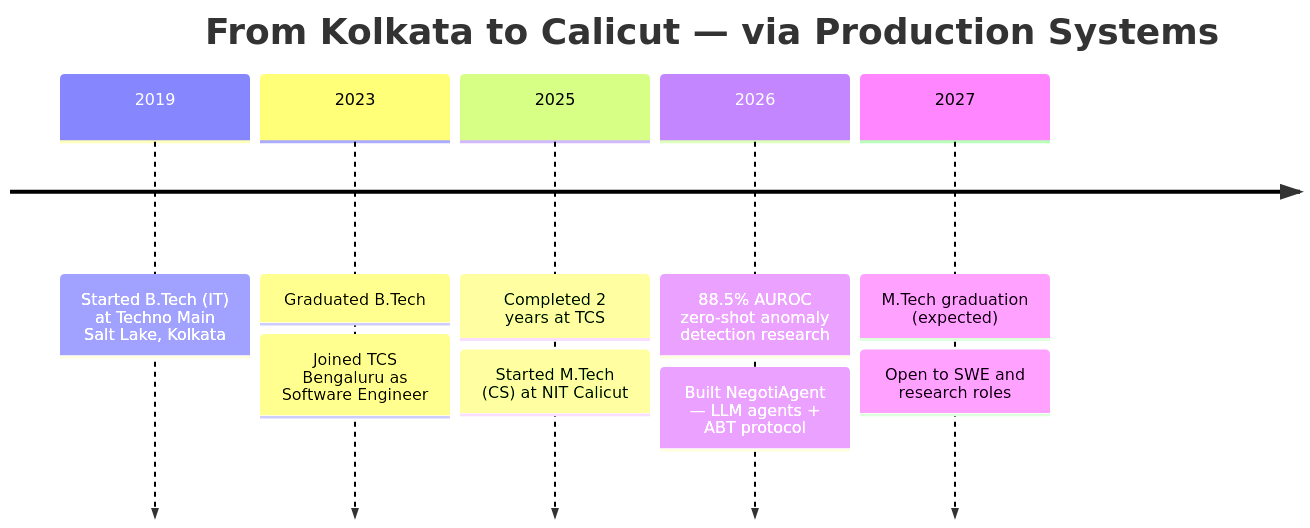
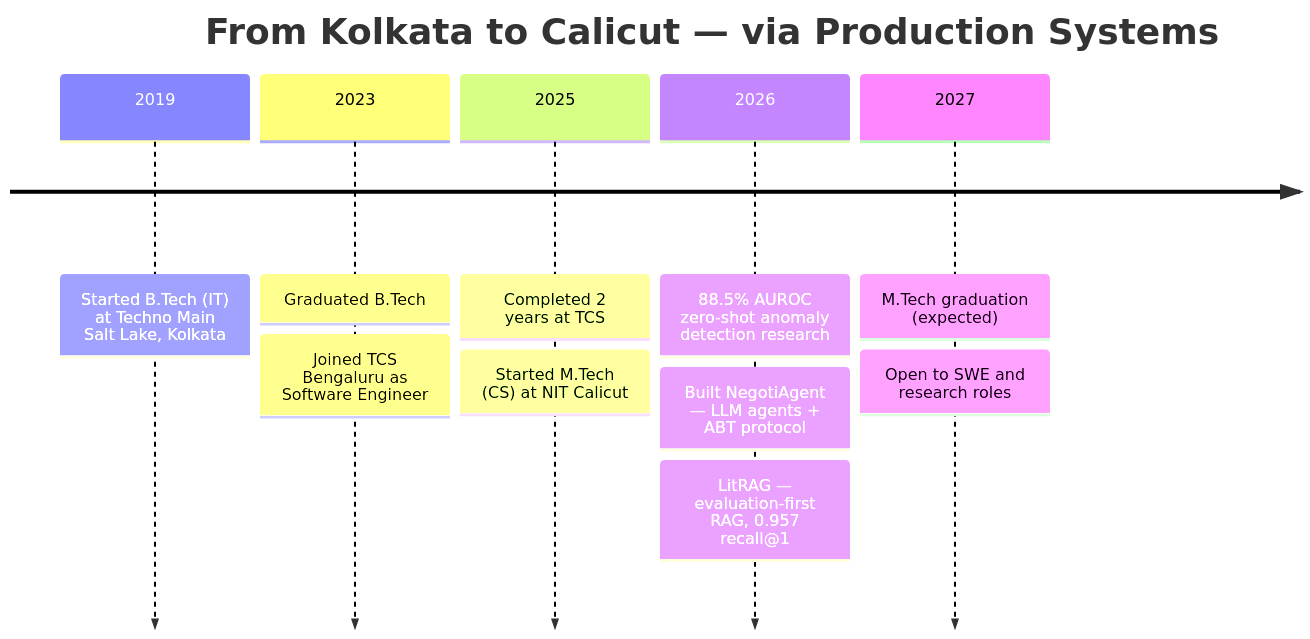
The diagram in README.md (prakash-nitc/prakash-nitc), drawn with Mermaid before and after one commit. The commit also changed other lines of this file, not shown here.

First line of the commit message:
feat: refresh profile with LitRAG, cache simulator + 4 new repos

````diff
--- a/README.md
+++ b/README.md
@@ -66,9 +66,9 @@
 ```mermaid
 timeline
     title From Kolkata to Calicut — via Production Systems
     2019 : Started B.Tech (IT) at Techno Main Salt Lake, Kolkata
     2023 : Graduated B.Tech : Joined TCS Bengaluru as Software Engineer
     2025 : Completed 2 years at TCS : Started M.Tech (CS) at NIT Calicut
-    2026 : 88.5% AUROC zero-shot anomaly detection research : Built NegotiAgent — LLM agents + ABT protocol
+    2026 : 88.5% AUROC zero-shot anomaly detection research : Built NegotiAgent — LLM agents + ABT protocol : LitRAG — evaluation-first RAG, 0.957 recall@1
     2027 : M.Tech graduation (expected) : Open to SWE and research roles
 ```
````
